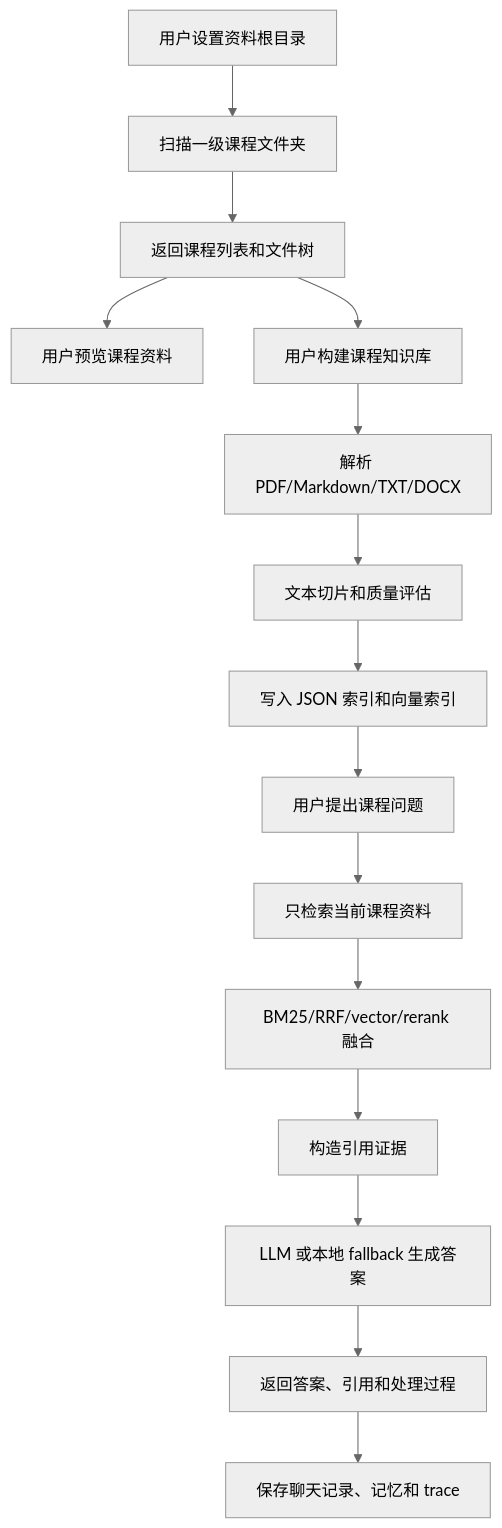
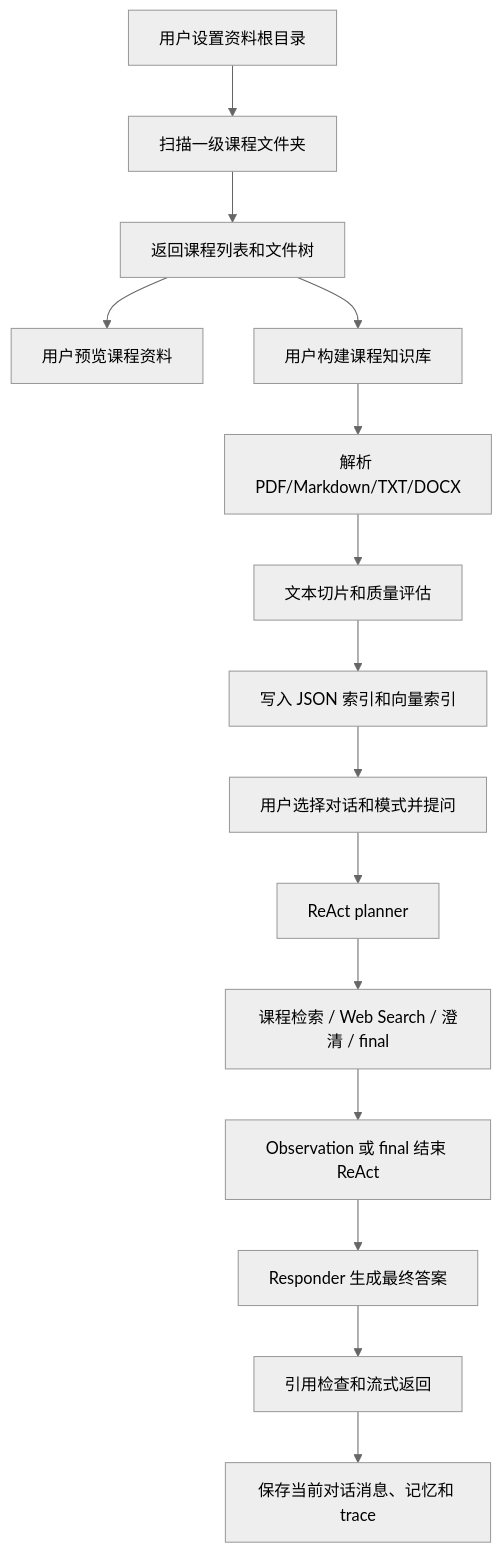
The first of 8 diagrams in docs/夏季实训提交材料/大型实习报告.md (LuMH1027/ai-learn-assistant), drawn with Mermaid (neutral theme) before and after one commit. The commit also changed other lines of this file and 50 other files, not shown here.

````diff
--- a/docs/夏季实训提交材料/大型实习报告.md
+++ b/docs/夏季实训提交材料/大型实习报告.md
@@ -87,17 +87,17 @@
 ```mermaid
 flowchart TD
     A["用户设置资料根目录"] --> B["扫描一级课程文件夹"]
     B --> C["返回课程列表和文件树"]
     C --> D["用户预览课程资料"]
     C --> E["用户构建课程知识库"]
     E --> F["解析 PDF/Markdown/TXT/DOCX"]
     F --> G["文本切片和质量评估"]
     G --> H["写入 JSON 索引和向量索引"]
-    H --> I["用户提出课程问题"]
-    I --> J["只检索当前课程资料"]
-    J --> K["BM25/RRF/vector/rerank 融合"]
-    K --> L["构造引用证据"]
-    L --> M["LLM 或本地 fallback 生成答案"]
-    M --> N["返回答案、引用和处理过程"]
-    N --> O["保存聊天记录、记忆和 trace"]
+    H --> I["用户选择对话和模式并提问"]
+    I --> J["ReAct planner"]
+    J --> K["课程检索 / Web Search / 澄清 / final"]
+    K --> L["Observation 或 final 结束 ReAct"]
+    L --> M["Responder 生成最终答案"]
+    M --> N["引用检查和流式返回"]
+    N --> O["保存当前对话消息、记忆和 trace"]
 ```
````
